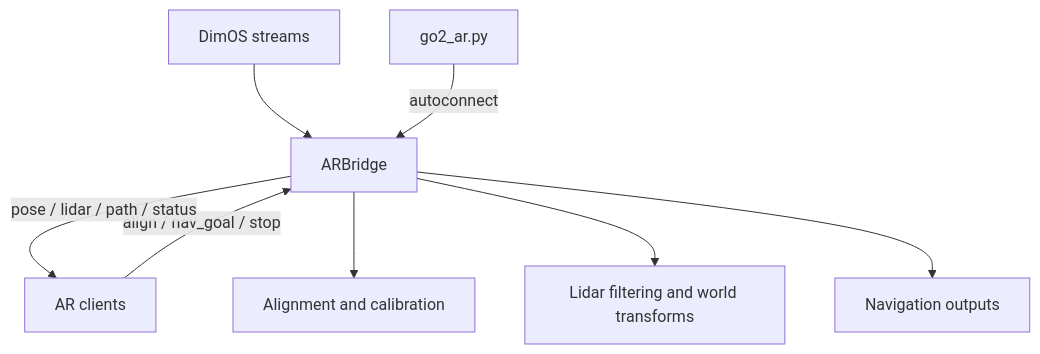
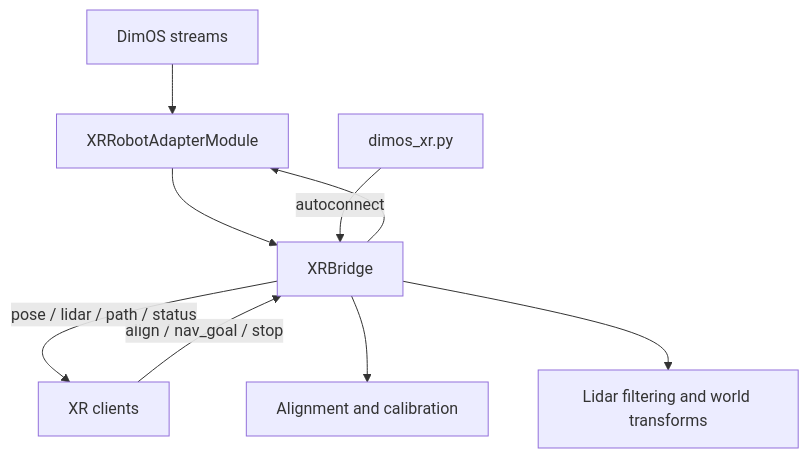
Before and after one commit to V4C38/spectacles-dimensional-os: the third of 3 diagrams in README.md, drawn with Mermaid. The commit also changed other lines of this file and 59 other files, not shown here.

````diff
--- a/README.md
+++ b/README.md
@@ -156,10 +156,11 @@
 ```mermaid
 flowchart TB
-  DimOSStreams[DimOS streams] --> ARBridge[ARBridge]
-  Clients[AR clients] -->|"align / nav_goal / stop"| ARBridge
-  ARBridge -->|"pose / lidar / path / status"| Clients
-  ARBridge --> Alignment[Alignment and calibration]
-  ARBridge --> Filtering[Lidar filtering and world transforms]
-  ARBridge --> PlannerIO[Navigation outputs]
-  Blueprint[go2_ar.py] -->|"autoconnect"| ARBridge
+  DimOSStreams[DimOS streams] --> XRAdapter[XRRobotAdapterModule]
+  XRAdapter --> XRBridge[XRBridge]
+  Clients[XR clients] -->|"align / nav_goal / stop"| XRBridge
+  XRBridge -->|"pose / lidar / path / status"| Clients
+  XRBridge --> Alignment[Alignment and calibration]
+  XRBridge --> Filtering[Lidar filtering and world transforms]
+  XRBridge --> XRAdapter
+  Blueprint[dimos_xr.py] -->|"autoconnect"| XRBridge
 ```
````
